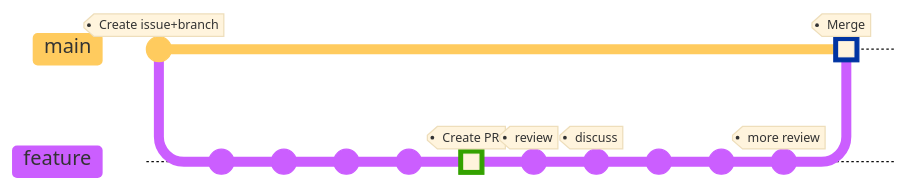
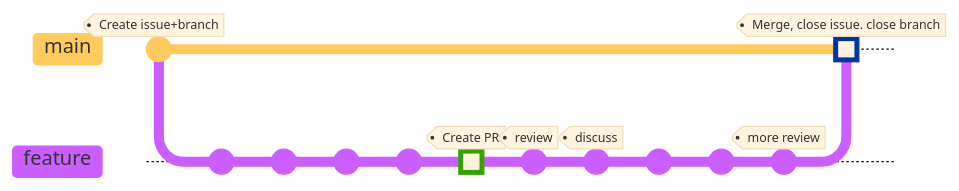
Before and after one commit to OS2sandbox/os2standards: the diagram in docs/repoflow.md, drawn with Mermaid. Commit ids are hidden.

Commit message:
fix: clarification

````diff
--- a/docs/repoflow.md
+++ b/docs/repoflow.md
@@ -1,24 +1,24 @@
 ```mermaid
 
 %%{init: { 'theme': 'base' } }%%
 gitGraph
     commit tag: "Create issue+branch"
     branch feature
     checkout main
     checkout feature
     commit id: "feat: add function"
     commit id: "feat: add more"
     commit id: "fix: correct syntax"
     commit id: "chore: add tests"
     commit id: "PR" type: HIGHLIGHT tag: "Create PR"
     commit id: "👓 " tag: "review"
     commit id: "🗣️" tag: "discuss"
     checkout feature
     commit id: "fix: findings from review"
     commit id: "chore: add more tests"
     commit id: "👓" tag: "more review"
     checkout feature
     checkout main
-    merge feature type: HIGHLIGHT tag: "Merge"
+    merge feature type: HIGHLIGHT tag: "Merge, close issue. close branch"
 
 ```
````
